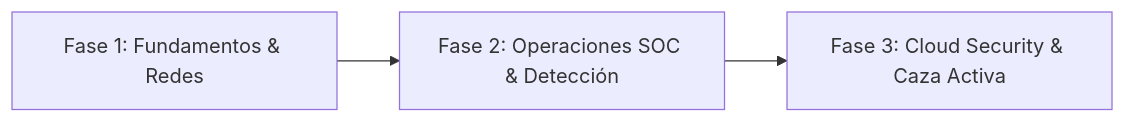
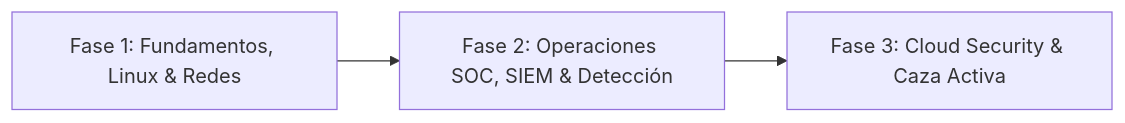
One commit to SomiltesEsp/CyberMind changed the first of 2 diagrams in docs/career_roadmap_remote_soc.md. Above: the diagram before and after it, drawn with Mermaid. The commit also changed other lines of this file and 5 other files, not shown here.

Commit message:
docs: add Kali Linux CLI mastery track, SOC analyst blueprint and study squad framework

````diff
--- a/docs/career_roadmap_remote_soc.md
+++ b/docs/career_roadmap_remote_soc.md
@@ -37,5 +53,5 @@
 ```mermaid
 flowchart LR
-    A[Fase 1: Fundamentos & Redes] --> B[Fase 2: Operaciones SOC & Detección]
+    A[Fase 1: Fundamentos, Linux & Redes] --> B[Fase 2: Operaciones SOC, SIEM & Detección]
     B --> C[Fase 3: Cloud Security & Caza Activa]
 ```
````
